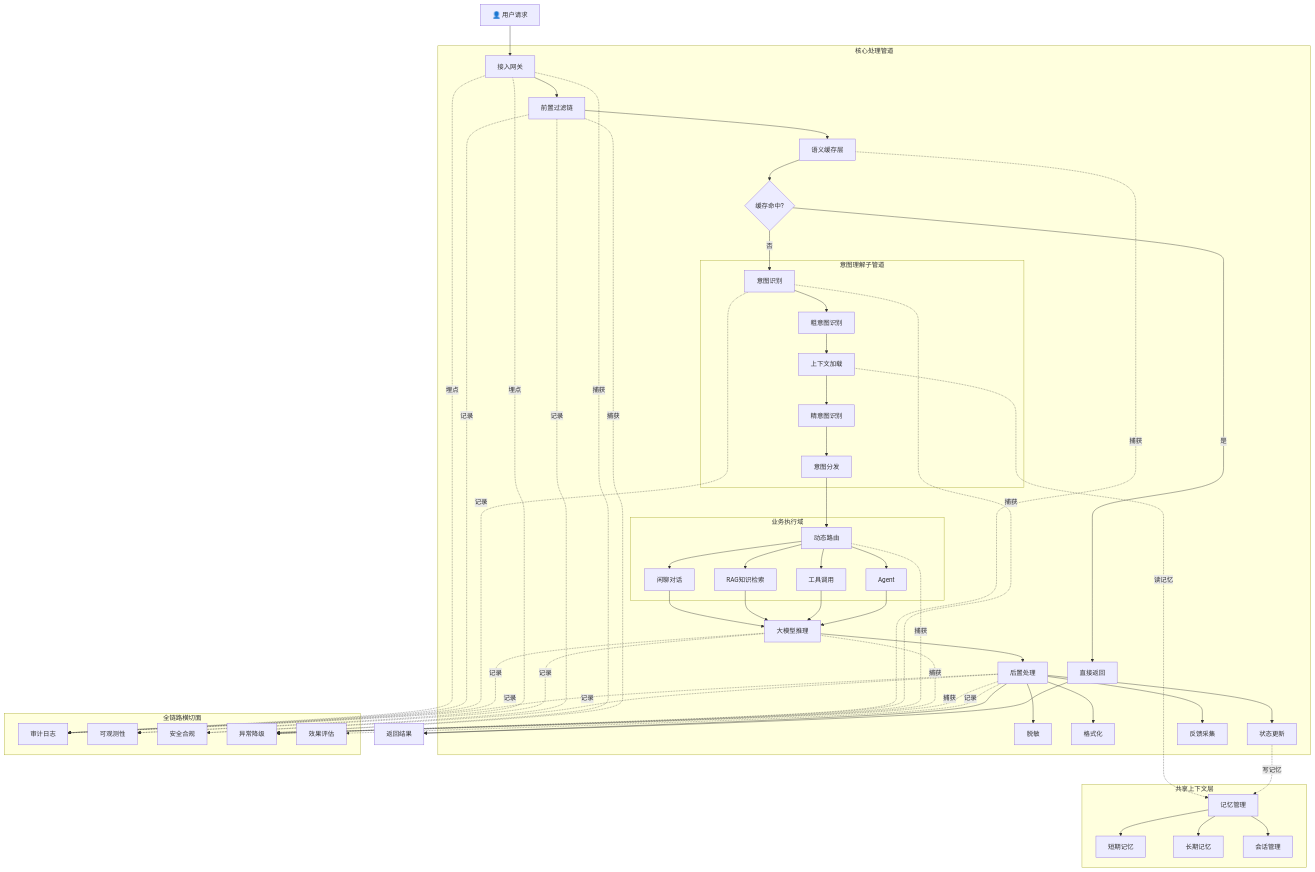
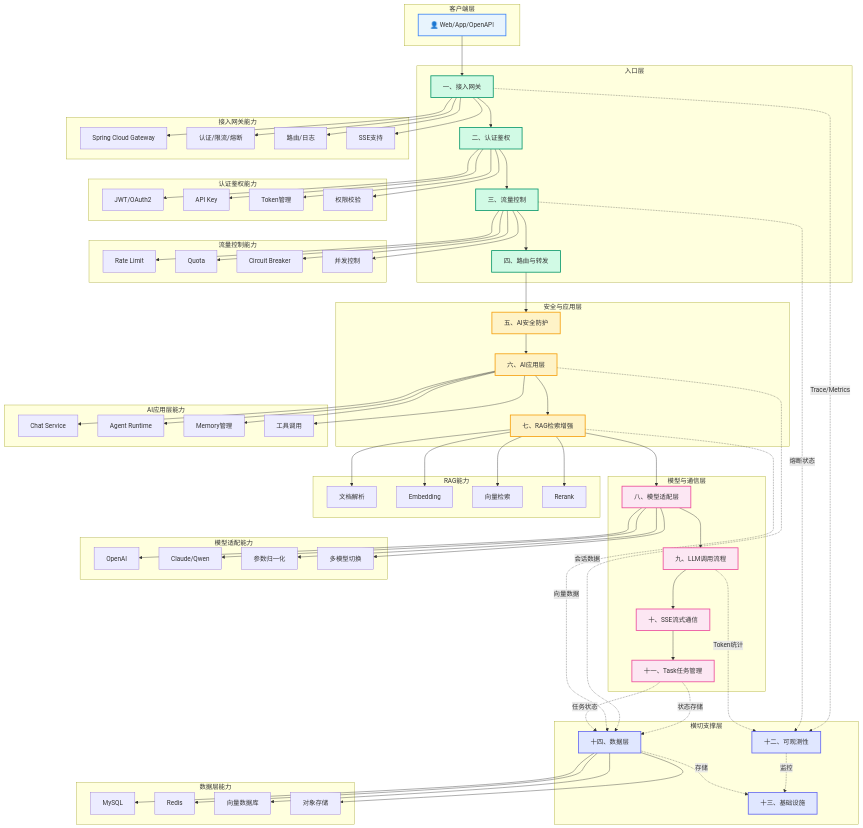
The diagram in ai学习/📐 图表/总体架构图.mermaid (w174448179s-netizen/obsidian_ai_learning), drawn with Mermaid before and after one commit. The commit also changed 83 other files, not shown here.

```diff
--- a/ai学习/📐 图表/总体架构图.mermaid
+++ b/ai学习/📐 图表/总体架构图.mermaid
@@ -1,63 +1,127 @@
 graph TD
-    A[👤 用户请求] --> B[接入网关]
-    
-    subgraph 核心处理管道
-        B --> C[前置过滤链]
-        C --> D[语义缓存层]
-        
-        D --> D1{缓存命中?}
-        D1 -- 是 --> D2[直接返回]
-        D1 -- 否 --> E[意图识别]
-        
-        subgraph 意图理解子管道
-            E --> E1[粗意图识别]
-            E1 --> E2[上下文加载]
-            E2 --> E3[精意图识别]
-            E3 --> E4[意图分发]
-        end
-        
-        E4 --> F[动态路由]
-        
-        subgraph 业务执行域
-            F --> F1[闲聊对话]
-            F --> F2[RAG知识检索]
-            F --> F3[工具调用]
-            F --> F4[Agent]
-        end
-        
-        F1 & F2 & F3 & F4 --> G[大模型推理]
-        G --> H[后置处理]
-        H --> H1[脱敏]
-        H --> H2[格式化]
-        H --> H3[状态更新]
-        H --> H4[反馈采集]
+    subgraph 客户端层
+        A[👤 Web/App/OpenAPI]
     end
     
-    H --> I[返回结果]
-    D2 --> I
-    
-    subgraph 共享上下文层
-        M[记忆管理]
-        M1[短期记忆]
-        M2[长期记忆]
-        M3[会话管理]
-        M --> M1 & M2 & M3
+    subgraph 入口层
+        B1[一、接入网关]
+        B2[二、认证鉴权]
+        B3[三、流量控制]
+        B4[四、路由与转发]
     end
     
-    subgraph 全链路横切面
-        N[审计日志]
-        O[可观测性]
-        P[安全合规]
-        Q[异常降级]
-        R[效果评估]
+    subgraph 安全与应用层
+        C1[五、AI安全防护]
+        C2[六、AI应用层]
+        C3[七、RAG检索增强]
     end
     
-    E2 -.->|读记忆| M
-    H3 -.->|写记忆| M
+    subgraph 模型与通信层
+        D1[八、模型适配层]
+        D2[九、LLM调用流程]
+        D3[十、SSE流式通信]
+        D4[十一、Task任务管理]
+    end
     
-    B -.->|埋点| N & O
-    C -.->|记录| N & P
-    E -.->|记录| N
-    G -.->|记录| N & O
-    H -.->|记录| N & P & R
-    B & C & D & E & F & G & H -.->|捕获| Q
+    subgraph 横切支撑层
+        E1[十二、可观测性]
+        E2[十三、基础设施]
+        E3[十四、数据层]
+    end
+    
+    A --> B1
+    B1 --> B2
+    B2 --> B3
+    B3 --> B4
+    B4 --> C1
+    C1 --> C2
+    C2 --> C3
+    C3 --> D1
+    D1 --> D2
+    D2 --> D3
+    D3 --> D4
+    
+    B1 -.->|Trace/Metrics| E1
+    B3 -.->|熔断状态| E1
+    D2 -.->|Token统计| E1
+    D4 -.->|状态存储| E3
+    
+    C2 -.->|会话数据| E3
+    C3 -.->|向量数据| E3
+    D4 -.->|任务状态| E3
+    
+    E1 -.->|监控| E2
+    E3 -.->|存储| E2
+    
+    subgraph 接入网关能力
+        B1_1[Spring Cloud Gateway]
+        B1_2[认证/限流/熔断]
+        B1_3[路由/日志]
+        B1_4[SSE支持]
+    end
+    
+    subgraph 认证鉴权能力
+        B2_1[JWT/OAuth2]
+        B2_2[API Key]
+        B2_3[Token管理]
+        B2_4[权限校验]
+    end
+    
+    subgraph 流量控制能力
+        B3_1[Rate Limit]
+        B3_2[Quota]
+        B3_3[Circuit Breaker]
+        B3_4[并发控制]
+    end
+    
+    subgraph AI应用层能力
+        C2_1[Chat Service]
+        C2_2[Agent Runtime]
+        C2_3[Memory管理]
+        C2_4[工具调用]
+    end
+    
+    subgraph RAG能力
+        C3_1[文档解析]
+        C3_2[Embedding]
+        C3_3[向量检索]
+        C3_4[Rerank]
+    end
+    
+    subgraph 模型适配能力
+        D1_1[OpenAI]
+        D1_2[Claude/Qwen]
+        D1_3[参数归一化]
+        D1_4[多模型切换]
+    end
+    
+    subgraph 数据层能力
+        E3_1[MySQL]
+        E3_2[Redis]
+        E3_3[向量数据库]
+        E3_4[对象存储]
+    end
+    
+    B1 --> B1_1 & B1_2 & B1_3 & B1_4
+    B2 --> B2_1 & B2_2 & B2_3 & B2_4
+    B3 --> B3_1 & B3_2 & B3_3 & B3_4
+    C2 --> C2_1 & C2_2 & C2_3 & C2_4
+    C3 --> C3_1 & C3_2 & C3_3 & C3_4
+    D1 --> D1_1 & D1_2 & D1_3 & D1_4
+    E3 --> E3_1 & E3_2 & E3_3 & E3_4
+    
+    style A fill:#E8F4FD,stroke:#3B82F6,stroke-width:2px
+    style B1 fill:#D1FAE5,stroke:#059669,stroke-width:2px
+    style B2 fill:#D1FAE5,stroke:#059669,stroke-width:2px
+    style B3 fill:#D1FAE5,stroke:#059669,stroke-width:2px
+    style B4 fill:#D1FAE5,stroke:#059669,stroke-width:2px
+    style C1 fill:#FEF3C7,stroke:#F59E0B,stroke-width:2px
+    style C2 fill:#FEF3C7,stroke:#F59E0B,stroke-width:2px
+    style C3 fill:#FEF3C7,stroke:#F59E0B,stroke-width:2px
+    style D1 fill:#FCE7F3,stroke:#EC4899,stroke-width:2px
+    style D2 fill:#FCE7F3,stroke:#EC4899,stroke-width:2px
+    style D3 fill:#FCE7F3,stroke:#EC4899,stroke-width:2px
+    style D4 fill:#FCE7F3,stroke:#EC4899,stroke-width:2px
+    style E1 fill:#E0E7FF,stroke:#6366F1,stroke-width:2px
+    style E2 fill:#E0E7FF,stroke:#6366F1,stroke-width:2px
+    style E3 fill:#E0E7FF,stroke:#6366F1,stroke-width:2px
```
